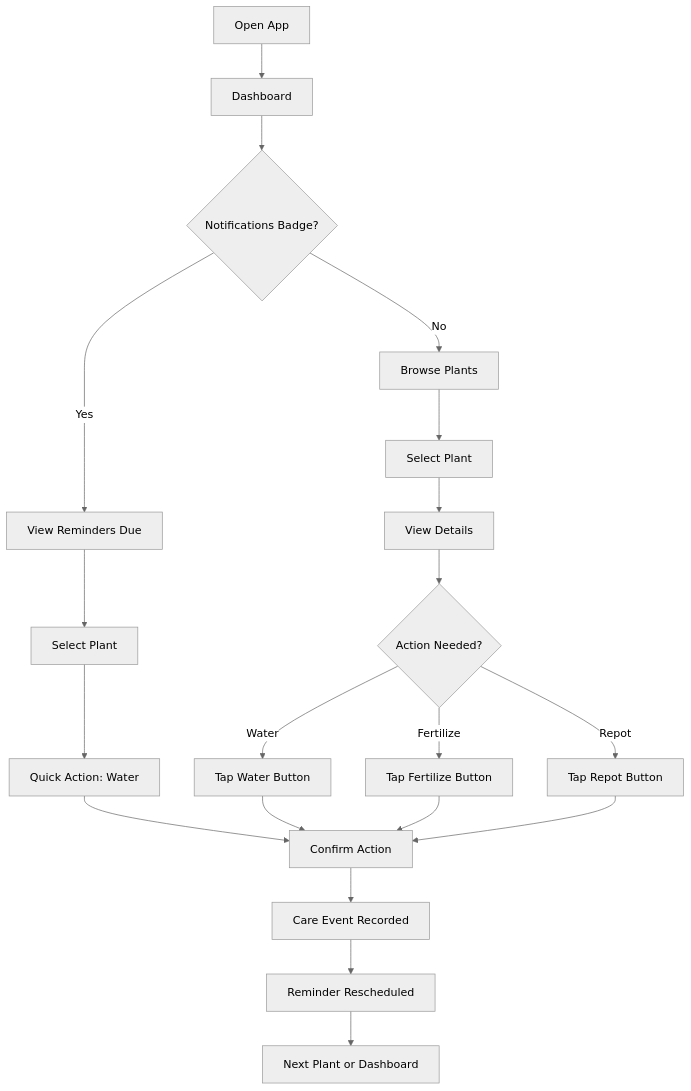
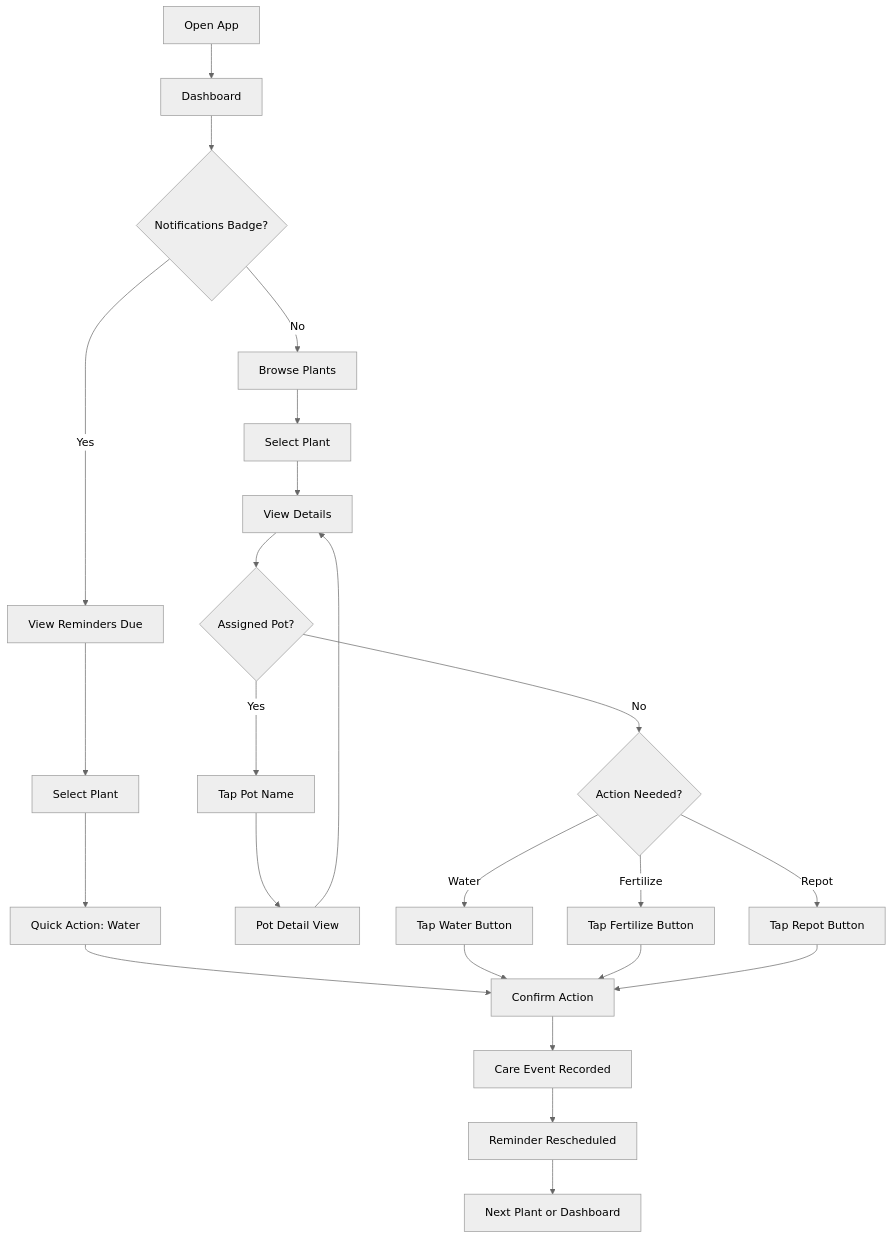
One commit to jdamp/kratzbaum changed the second of 6 diagrams in docs/03_ui_ux/user_flows.md. Above: the diagram before and after it, drawn with Mermaid (neutral theme). The commit also changed 3 other files, not shown here.

Commit message:
feat: link assigned pot from plant detail

````diff
--- a/docs/03_ui_ux/user_flows.md
+++ b/docs/03_ui_ux/user_flows.md
@@ -36,23 +36,27 @@
 ```mermaid
 flowchart TD
     A[Open App] --> B[Dashboard]
     B --> C{Notifications Badge?}
     C -->|Yes| D[View Reminders Due]
     D --> E[Select Plant]
     E --> F["Quick Action: Water"]
     F --> G[Confirm Action]
     G --> H[Care Event Recorded]
     H --> I[Reminder Rescheduled]
     I --> J[Next Plant or Dashboard]
     
     C -->|No| K[Browse Plants]
     K --> L[Select Plant]
     L --> M[View Details]
-    M --> N{Action Needed?}
+    M --> R{Assigned Pot?}
+    R -->|Yes| S["Tap Pot Name"]
+    S --> T[Pot Detail View]
+    T --> M
+    R -->|No| N{Action Needed?}
     N -->|Water| O["Tap Water Button"]
     N -->|Fertilize| P["Tap Fertilize Button"]
     N -->|Repot| Q["Tap Repot Button"]
     O --> G
     P --> G
     Q --> G
 ```
````
